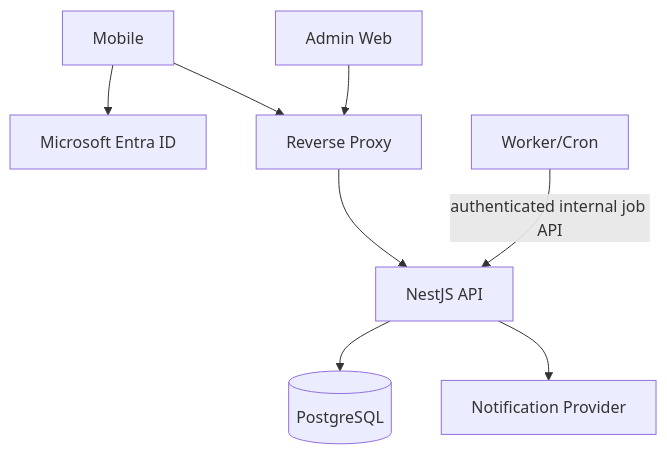
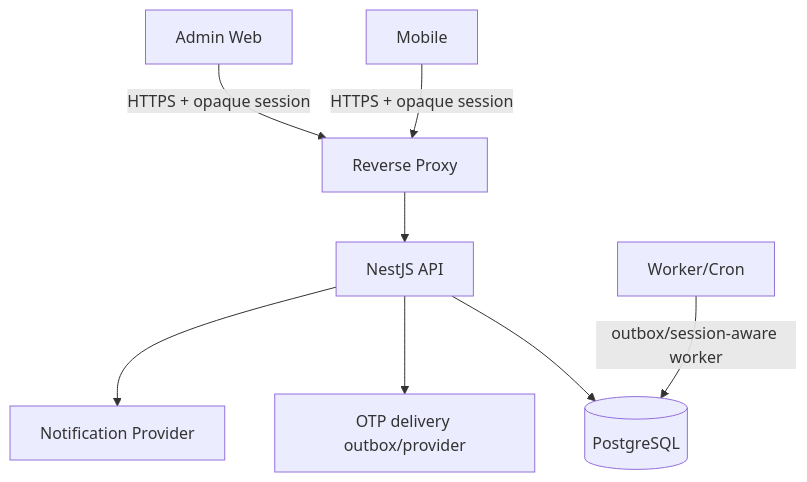
Before and after one commit to Wkiugt/IMeal-v3: the first of 2 diagrams in docs/05-backend-structure.md, drawn with Mermaid. The commit also changed other lines of this file and 13 other files, not shown here.

````diff
--- a/docs/05-backend-structure.md
+++ b/docs/05-backend-structure.md
@@ -14,19 +16,19 @@
 ```mermaid
 flowchart TB
     MOB[Mobile]
     ADM[Admin Web]
-    ENTRA[Microsoft Entra ID]
     RP[Reverse Proxy]
     API[NestJS API]
     PG[(PostgreSQL)]
+    OTP[OTP delivery outbox/provider]
     JOB[Worker/Cron]
     PUSH[Notification Provider]
 
-    MOB --> ENTRA
-    MOB --> RP
-    ADM --> RP
+    MOB -->|HTTPS + opaque session| RP
+    ADM -->|HTTPS + opaque session| RP
     RP --> API
     API --> PG
-    JOB -->|authenticated internal job API| API
+    API --> OTP
+    JOB -->|outbox/session-aware worker| PG
     API --> PUSH
 ```
````
